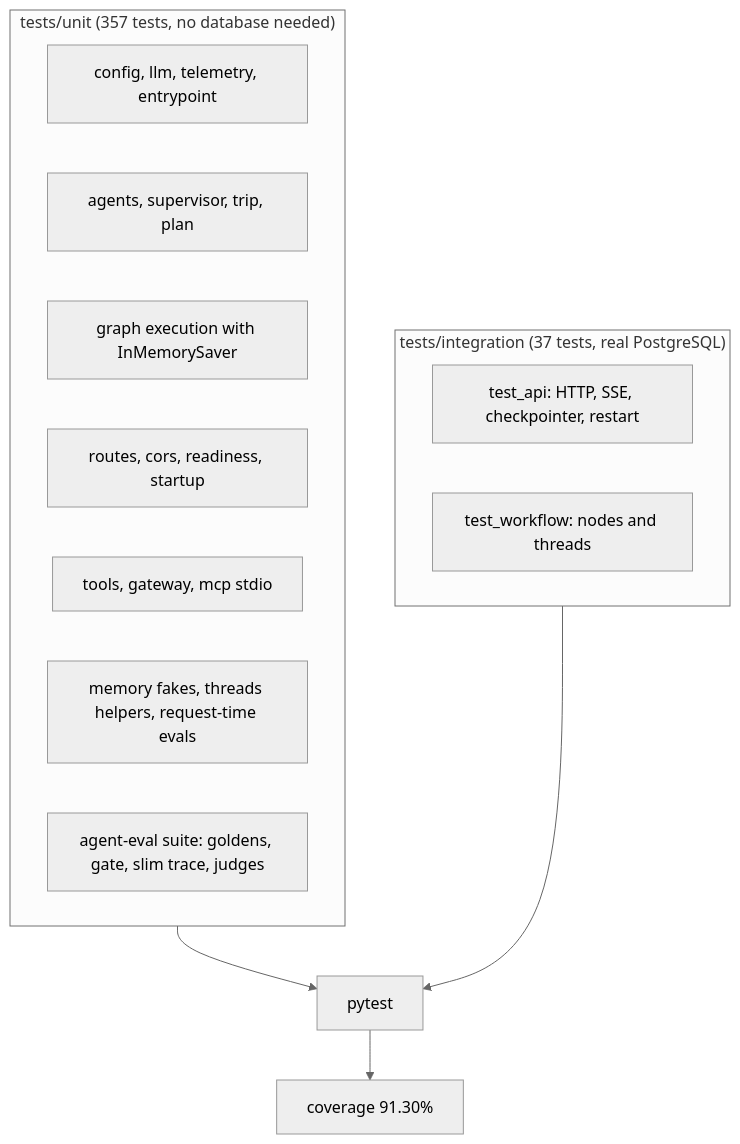
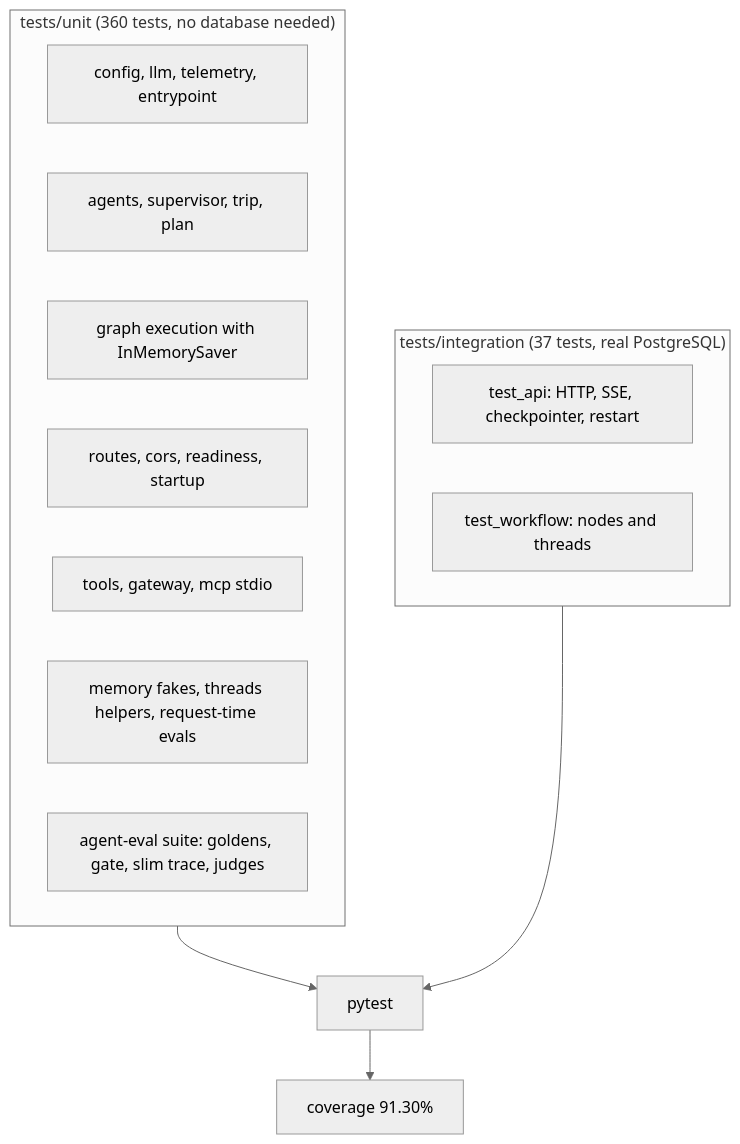
One commit to Amith-Ganta/Yatra-AI---A-Multi-Agent-Travel-Planner-with-LangGraph changed the diagram in specs/06-tests.spec.md. Above: the diagram before and after it, drawn with Mermaid (neutral theme). The commit also changed other lines of this file and 9 other files, not shown here.

````diff
--- a/specs/06-tests.spec.md
+++ b/specs/06-tests.spec.md
@@ -32,19 +32,19 @@
 ```mermaid
 flowchart TB
-    subgraph U["tests/unit (357 tests, no database needed)"]
+    subgraph U["tests/unit (360 tests, no database needed)"]
         U1[config, llm, telemetry, entrypoint]
         U2[agents, supervisor, trip, plan]
         U3[graph execution with InMemorySaver]
         U4[routes, cors, readiness, startup]
         U5[tools, gateway, mcp stdio]
         U6[memory fakes, threads helpers, request-time evals]
         U7[agent-eval suite: goldens, gate, slim trace, judges]
     end
     subgraph I["tests/integration (37 tests, real PostgreSQL)"]
         I1[test_api: HTTP, SSE, checkpointer, restart]
         I2[test_workflow: nodes and threads]
     end
     U --> R[pytest]
     I --> R
     R --> C[coverage 91.30%]
 ```
````
